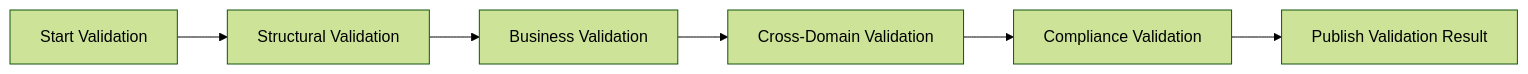
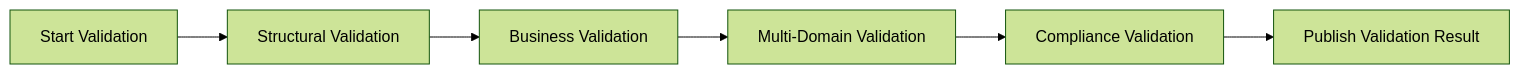
One commit to Varad1604/ERP_hark changed the tenth of 21 diagrams in architecture/L2_Domain_Workflow_Architecture/section-h/L2-H08_NEP_NAAC_AISHE_Reporting_Workflows.md. Above: the diagram before and after it, drawn with Mermaid (forest theme). The commit also changed other lines of this file and 130 other files, not shown here.

````diff
--- a/architecture/L2_Domain_Workflow_Architecture/section-h/L2-H08_NEP_NAAC_AISHE_Reporting_Workflows.md
+++ b/architecture/L2_Domain_Workflow_Architecture/section-h/L2-H08_NEP_NAAC_AISHE_Reporting_Workflows.md
@@ -2226,15 +2226,15 @@
 ```mermaid
 flowchart LR
 
 A[Start Validation]
 
 --> B[Structural Validation]
 
 --> C[Business Validation]
 
---> D[Cross-Domain Validation]
+--> D[Multi-Domain Validation]
 
 --> E[Compliance Validation]
 
 --> F[Publish Validation Result]
 ```
````
